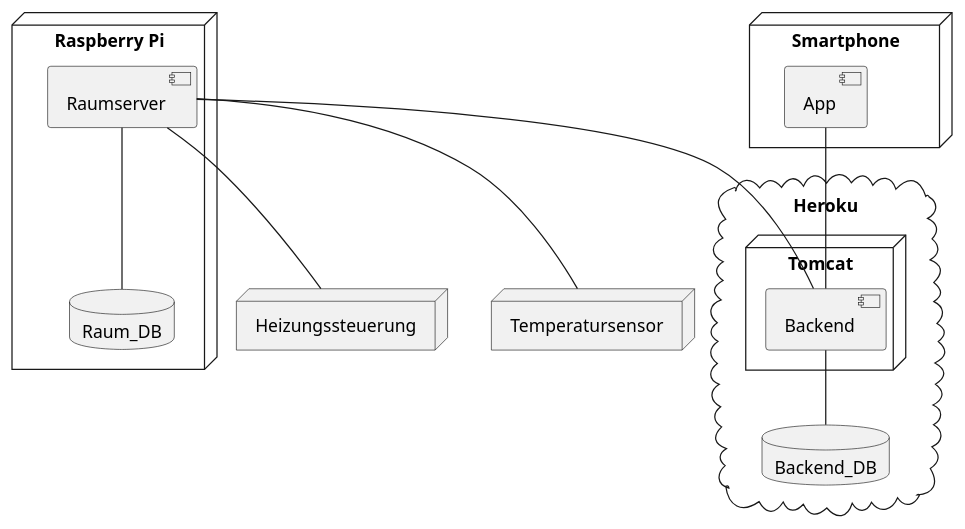
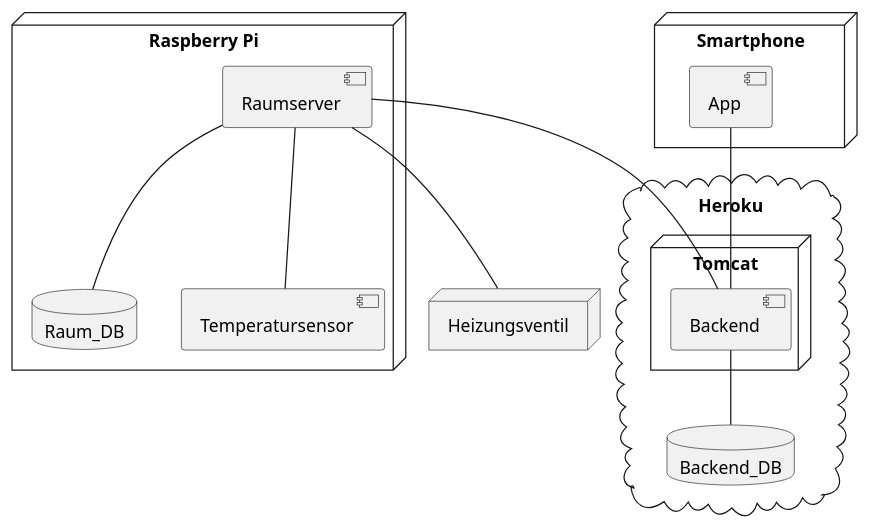
Before and after one commit to florensh/embedded-sose16-docs: the diagram in UML/deploymentDiagram.pu, drawn with PlantUML. The commit also changed 3 other files, not shown here.

Commit message:
changed uml

```diff
--- a/UML/deploymentDiagram.pu
+++ b/UML/deploymentDiagram.pu
@@ -1,35 +1,33 @@
 @startuml
 
 
   node "Raspberry Pi" {
     database Raum_DB
     component "Raumserver"
+    component "Temperatursensor"
   }
-  node "Heizungssteuerung"
-  node "Temperatursensor"
+  node "Heizungsventil"
+
 
 
 
 cloud Heroku {
   database Backend_DB
   node Tomcat {
     component "Backend"
-
   }
 }
-
-
 
 node Smartphone {
   component App
 }
 
 App -- Backend
 Raumserver -- Raum_DB
-Raumserver -- Heizungssteuerung
+Raumserver -- Heizungsventil
 Raumserver -- Temperatursensor
 Raumserver -- Backend
 Backend -- Backend_DB
 
 
 @enduml
```
